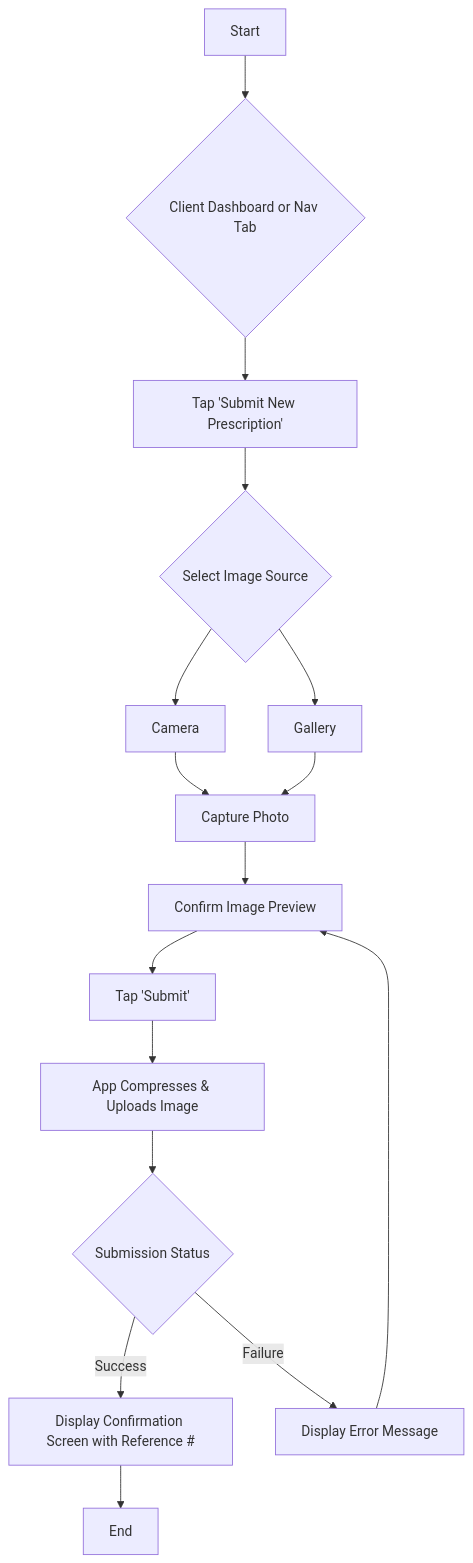
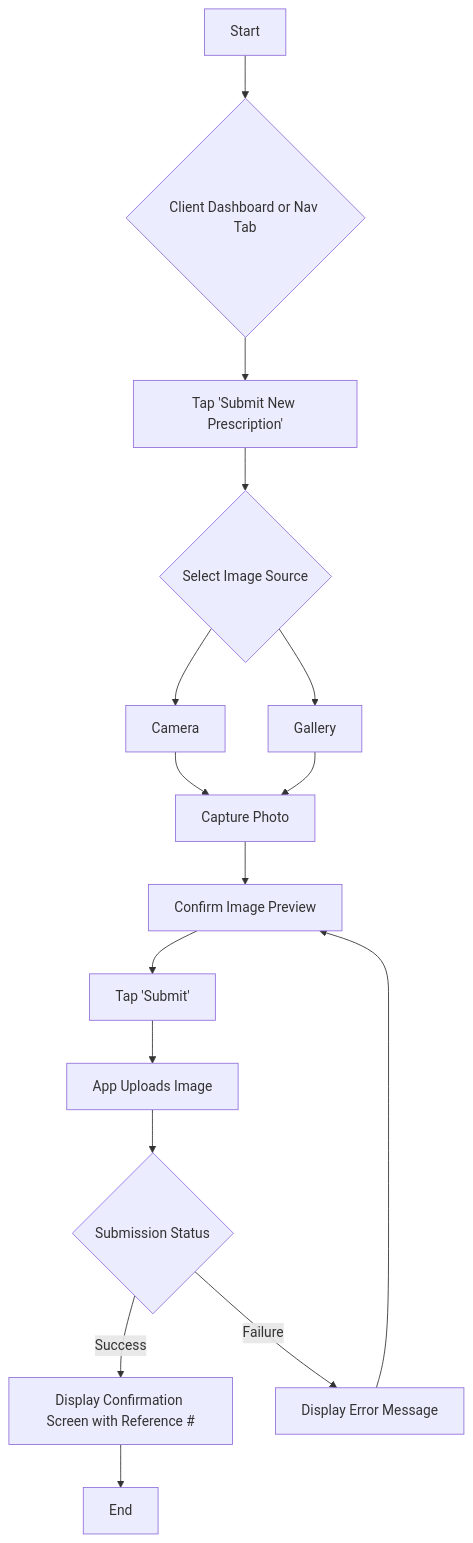
One commit to lioc7381/pharmacy-management-system changed the first of 2 diagrams in docs/front-end-spec/user-flows.md. Above: the diagram before and after it, drawn with Mermaid. The commit also changed other lines of this file and 66 other files, not shown here.

````diff
--- a/docs/front-end-spec/user-flows.md
+++ b/docs/front-end-spec/user-flows.md
@@ -21,18 +21,18 @@
 ```mermaid
 graph TD
     A[Start] --> B{Client Dashboard or Nav Tab};
     B --> C[Tap 'Submit New Prescription'];
     C --> D{Select Image Source};
     D --> E[Camera];
     D --> F[Gallery];
     E --> G[Capture Photo];
     F --> G;
     G --> H[Confirm Image Preview];
     H --> I[Tap 'Submit'];
-    I --> J[App Compresses & Uploads Image];
+    I --> J[App Uploads Image];
     J --> K{Submission Status};
     K -- Success --> L[Display Confirmation Screen with Reference #];
     K -- Failure --> M[Display Error Message];
     L --> N[End];
     M --> H;
 ```
````
